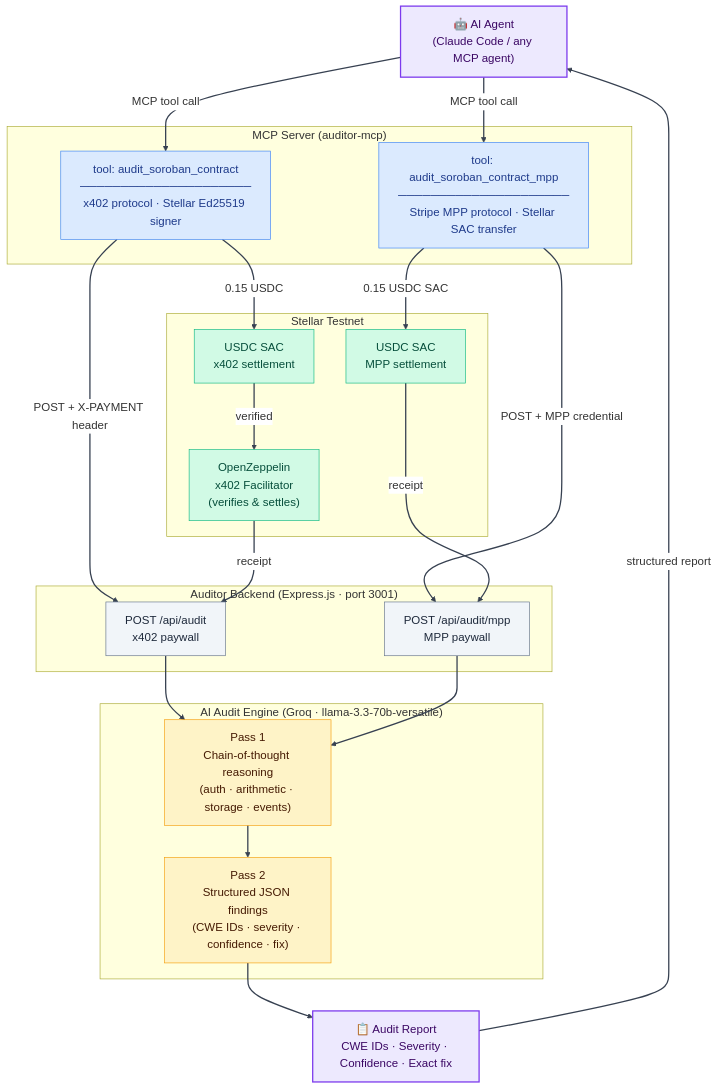
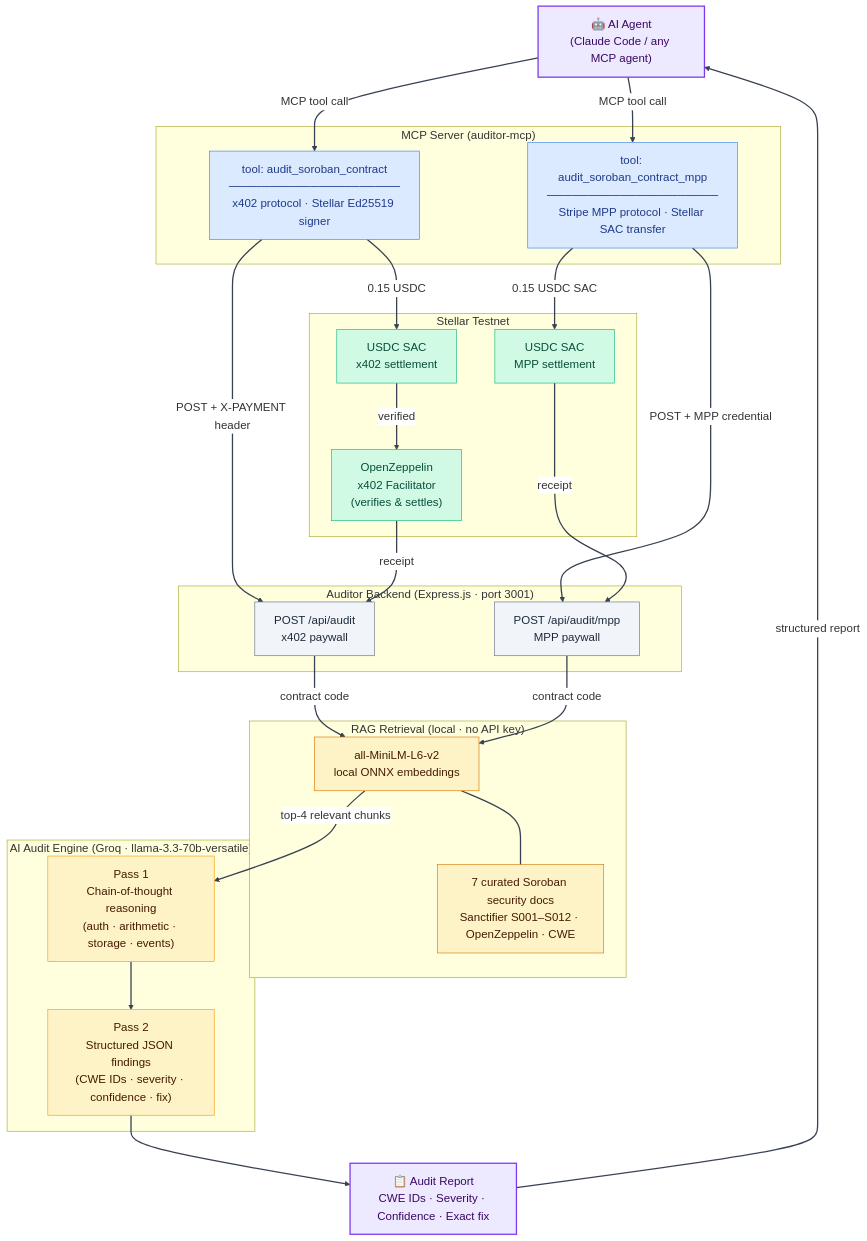
Before and after one commit to xaviersharwin10/soroban_node_0: the diagram in docs/architecture.mmd, drawn with Mermaid. The commit also changed 6 other files, not shown here.

First line of the commit message:
docs: add RAG pipeline to architecture, sequence diagrams, and README

```diff
--- a/docs/architecture.mmd
+++ b/docs/architecture.mmd
@@ -1,59 +1,68 @@
 %%{init: {'theme': 'default', 'themeVariables': {'fontSize': '18px', 'fontFamily': 'trebuchet ms, verdana, arial', 'edgeLabelBackground': '#ffffff', 'lineColor': '#374151'}}}%%
 flowchart TD
     A["🤖 AI Agent\n(Claude Code / any MCP agent)"]
 
     subgraph MCP ["MCP Server  (auditor-mcp)"]
         T1["tool: audit_soroban_contract\n─────────────────────\nx402 protocol · Stellar Ed25519 signer"]
         T2["tool: audit_soroban_contract_mpp\n─────────────────────\nStripe MPP protocol · Stellar SAC transfer"]
     end
 
     subgraph STELLAR ["Stellar Testnet"]
         S1["USDC SAC\nx402 settlement"]
         S2["USDC SAC\nMPP settlement"]
         F["OpenZeppelin\nx402 Facilitator\n(verifies & settles)"]
     end
 
     subgraph BACKEND ["Auditor Backend  (Express.js · port 3001)"]
         R1["POST /api/audit\nx402 paywall"]
         R2["POST /api/audit/mpp\nMPP paywall"]
+    end
+
+    subgraph RAG ["RAG Retrieval  (local · no API key)"]
+        V["all-MiniLM-L6-v2\nlocal ONNX embeddings"]
+        D["7 curated Soroban security docs\nSanctifier S001–S012 · OpenZeppelin · CWE"]
+        V --- D
     end
 
     subgraph AI ["AI Audit Engine  (Groq · llama-3.3-70b-versatile)"]
         P1["Pass 1\nChain-of-thought reasoning\n(auth · arithmetic · storage · events)"]
         P2["Pass 2\nStructured JSON findings\n(CWE IDs · severity · confidence · fix)"]
     end
 
     OUT["📋 Audit Report\nCWE IDs · Severity · Confidence · Exact fix"]
 
     A -->|"MCP tool call"| T1
     A -->|"MCP tool call"| T2
 
     T1 -->|"POST + X-PAYMENT header"| R1
     T2 -->|"POST + MPP credential"| R2
 
     T1 -->|"0.15 USDC"| S1
     S1 -->|"verified"| F
     F -->|"receipt"| R1
 
     T2 -->|"0.15 USDC SAC"| S2
     S2 -->|"receipt"| R2
 
-    R1 --> P1
-    R2 --> P1
+    R1 -->|"contract code"| V
+    R2 -->|"contract code"| V
+    V -->|"top-4 relevant chunks"| P1
     P1 --> P2
     P2 --> OUT
     OUT -->|"structured report"| A
 
     style A fill:#ede9fe,color:#3b0764,stroke:#7c3aed,stroke-width:2px
     style T1 fill:#dbeafe,color:#1e3a8a,stroke:#3b82f6,stroke-width:1px
     style T2 fill:#dbeafe,color:#1e3a8a,stroke:#3b82f6,stroke-width:1px
     style S1 fill:#d1fae5,color:#064e3b,stroke:#10b981,stroke-width:1px
     style S2 fill:#d1fae5,color:#064e3b,stroke:#10b981,stroke-width:1px
     style F fill:#d1fae5,color:#064e3b,stroke:#10b981,stroke-width:1px
     style R1 fill:#f1f5f9,color:#1e293b,stroke:#64748b,stroke-width:1px
     style R2 fill:#f1f5f9,color:#1e293b,stroke:#64748b,stroke-width:1px
+    style V fill:#fef3c7,color:#451a03,stroke:#d97706,stroke-width:1px
+    style D fill:#fef3c7,color:#451a03,stroke:#d97706,stroke-width:1px
     style P1 fill:#fef3c7,color:#451a03,stroke:#f59e0b,stroke-width:1px
     style P2 fill:#fef3c7,color:#451a03,stroke:#f59e0b,stroke-width:1px
     style OUT fill:#ede9fe,color:#3b0764,stroke:#7c3aed,stroke-width:2px
 
     linkStyle default stroke:#374151,stroke-width:2px,fill:none
```
